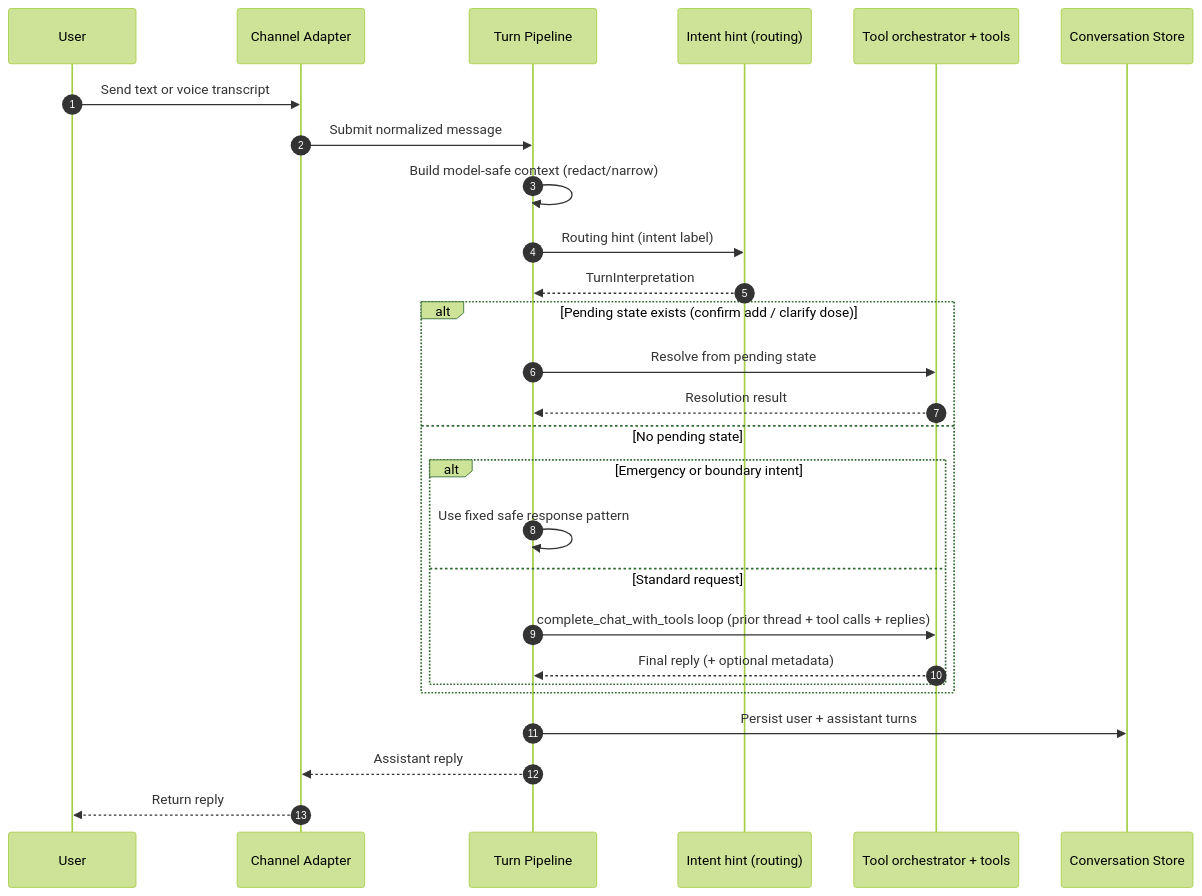
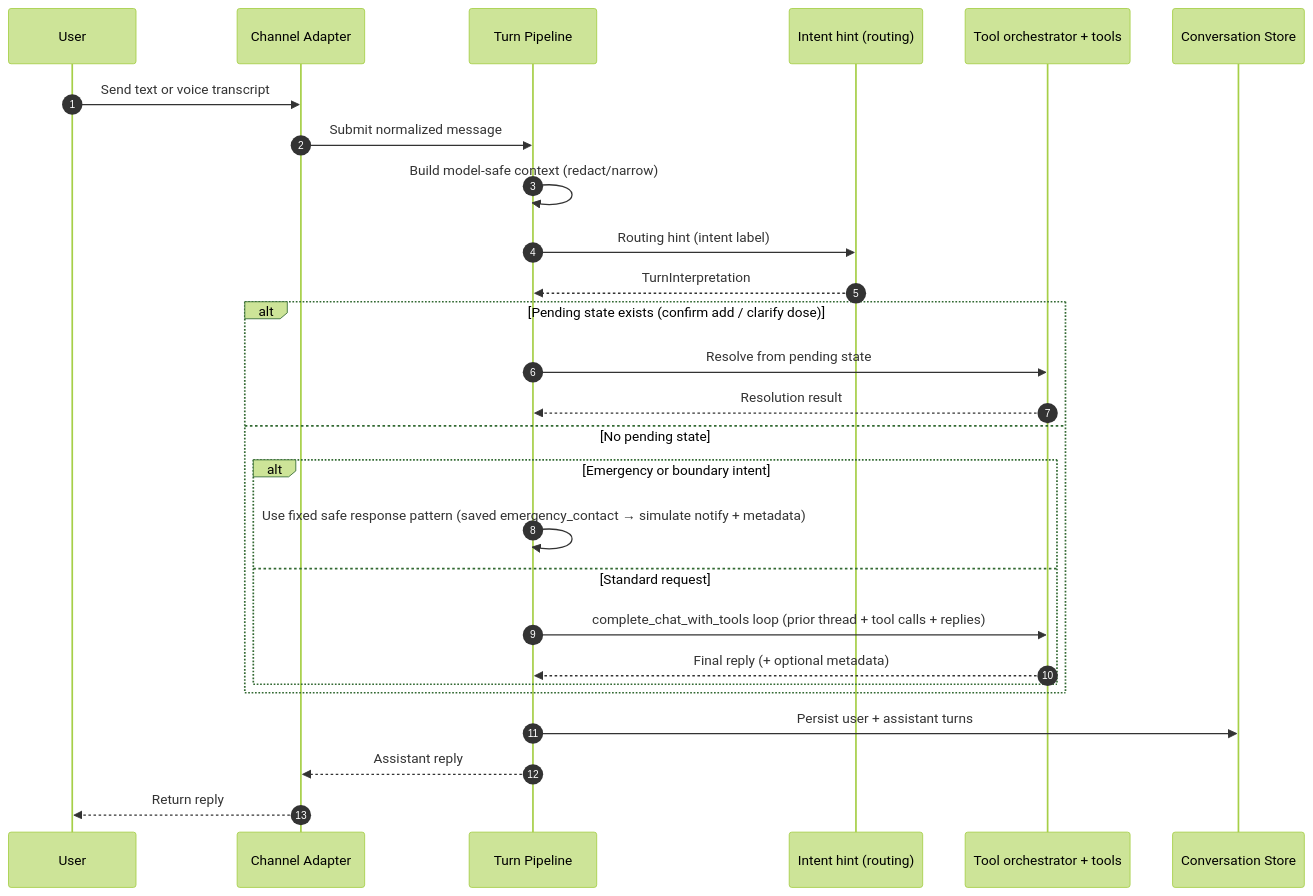
One commit to israkir/medbuddy changed the third of 8 diagrams in docs/tdd.md. Above: the diagram before and after it, drawn with Mermaid (forest theme). The commit also changed 11 other files, not shown here.

````diff
--- a/docs/tdd.md
+++ b/docs/tdd.md
@@ -112,32 +112,32 @@
 ```mermaid
 sequenceDiagram
   autonumber
   participant U as User
   participant CH as Channel Adapter
   participant PL as Turn Pipeline
   participant CL as Intent hint (routing)
   participant AG as Tool orchestrator + tools
   participant ST as Conversation Store
 
   U->>CH: Send text or voice transcript
   CH->>PL: Submit normalized message
   PL->>PL: Build model-safe context (redact/narrow)
   PL->>CL: Routing hint (intent label)
   CL-->>PL: TurnInterpretation
 
   alt Pending state exists (confirm add / clarify dose)
     PL->>AG: Resolve from pending state
     AG-->>PL: Resolution result
   else No pending state
     alt Emergency or boundary intent
-      PL->>PL: Use fixed safe response pattern
+      PL->>PL: Use fixed safe response pattern (saved emergency_contact → simulate notify + metadata)
     else Standard request
       PL->>AG: complete_chat_with_tools loop (prior thread + tool calls + replies)
       AG-->>PL: Final reply (+ optional metadata)
     end
   end
 
   PL->>ST: Persist user + assistant turns
   PL-->>CH: Assistant reply
   CH-->>U: Return reply
 ```
````
